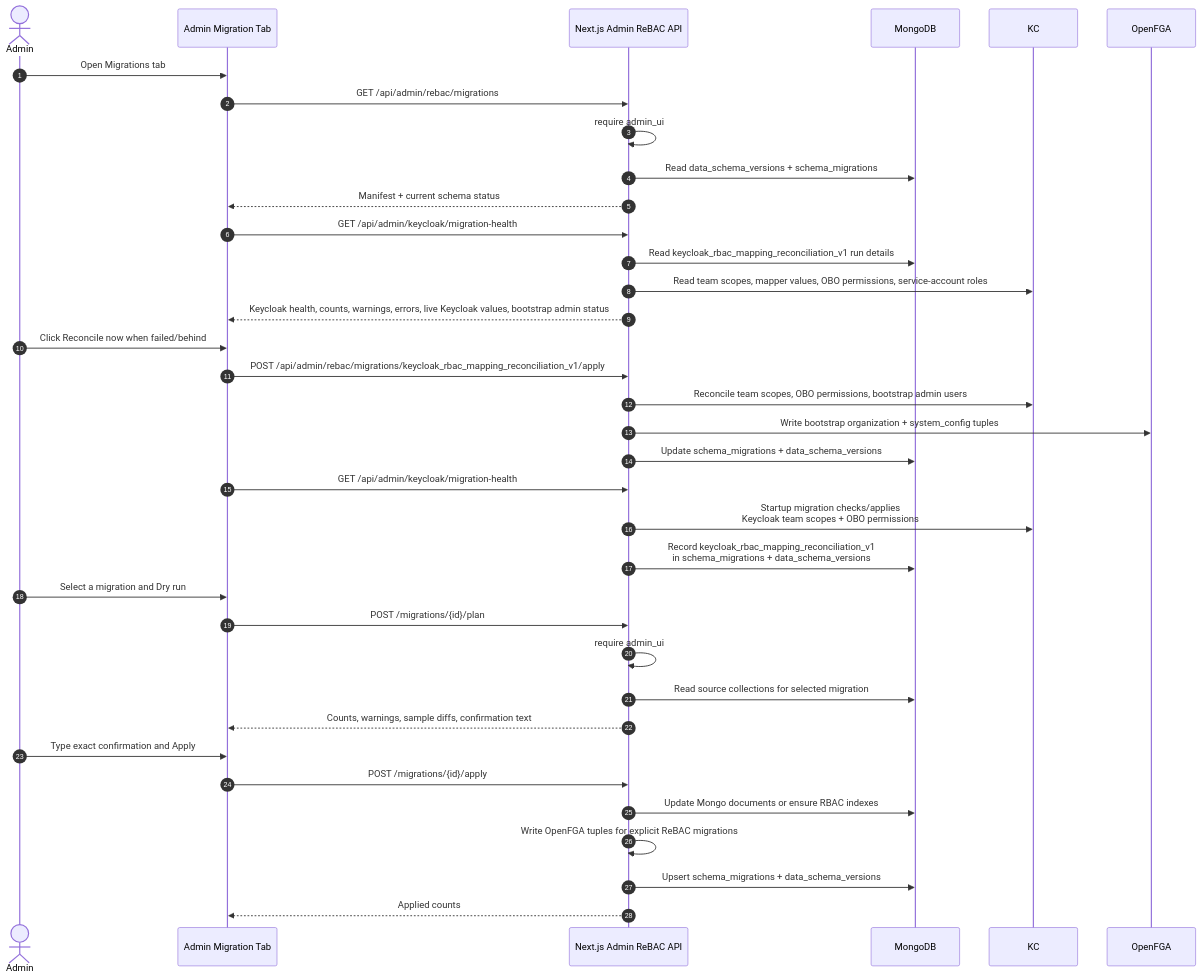
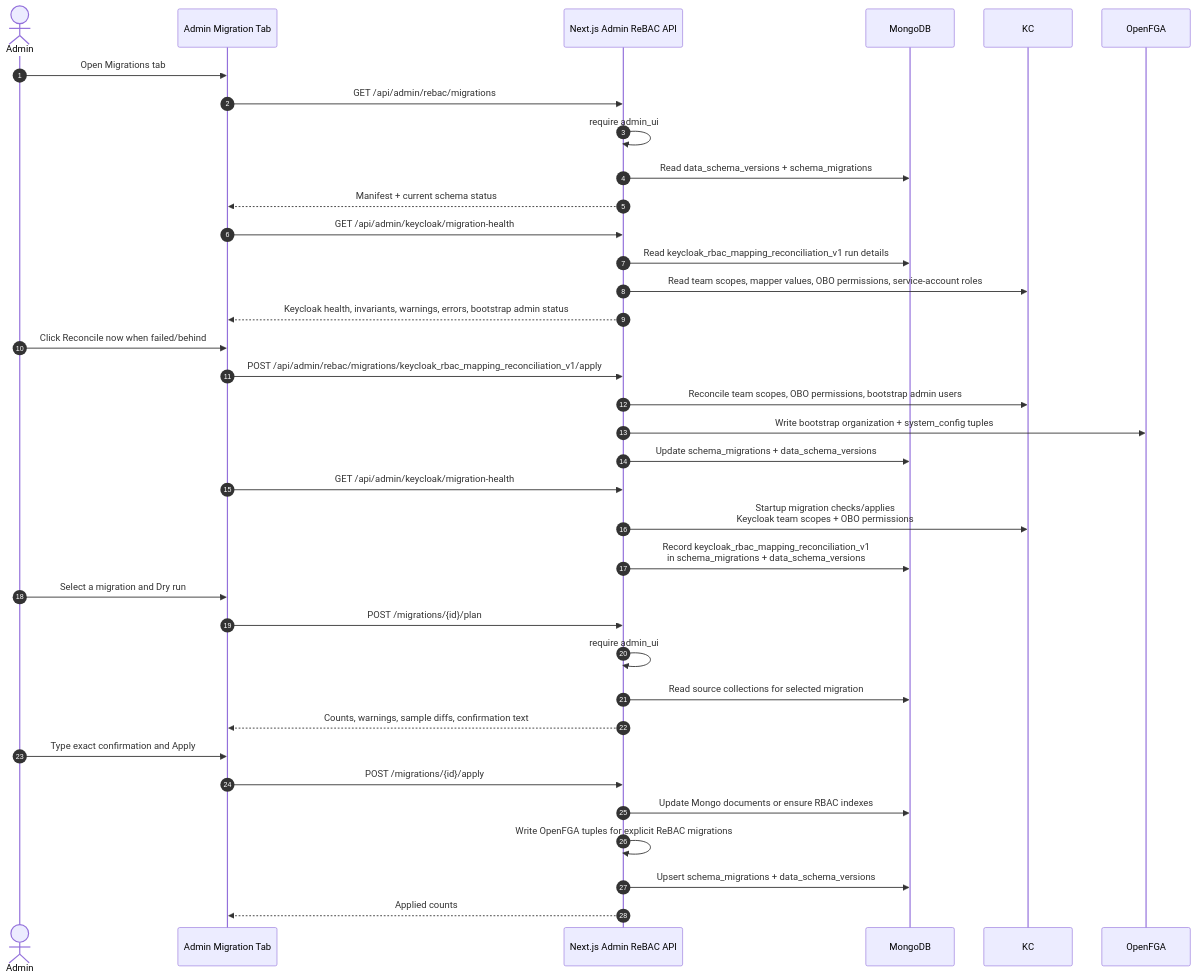
Before and after one commit to cnoe-io/ai-platform-engineering: the ninth of 12 diagrams in docs/docs/security/rbac/workflows.md, drawn with Mermaid. The commit also changed other lines of this file and 58 other files, not shown here.

````diff
--- a/docs/docs/security/rbac/workflows.md
+++ b/docs/docs/security/rbac/workflows.md
@@ -695,37 +703,37 @@
 ```mermaid
 sequenceDiagram
     autonumber
     actor Admin
     participant UI as Admin Migration Tab
     participant BFF as Next.js Admin ReBAC API
     participant MDB as MongoDB
 
     Admin->>UI: Open Migrations tab
     UI->>BFF: GET /api/admin/rebac/migrations
     BFF->>BFF: require admin_ui#admin
     BFF->>MDB: Read data_schema_versions + schema_migrations
     BFF-->>UI: Manifest + current schema status
     UI->>BFF: GET /api/admin/keycloak/migration-health
     BFF->>MDB: Read keycloak_rbac_mapping_reconciliation_v1 run details
     BFF->>KC: Read team scopes, mapper values, OBO permissions, service-account roles
-    BFF-->>UI: Keycloak health, counts, warnings, errors, live Keycloak values, bootstrap admin status
+    BFF-->>UI: Keycloak health, invariants, warnings, errors, bootstrap admin status
     Admin->>UI: Click Reconcile now when failed/behind
     UI->>BFF: POST /api/admin/rebac/migrations/keycloak_rbac_mapping_reconciliation_v1/apply
     BFF->>KC: Reconcile team scopes, OBO permissions, bootstrap admin users
     BFF->>OpenFGA: Write bootstrap organization + system_config tuples
     BFF->>MDB: Update schema_migrations + data_schema_versions
     UI->>BFF: GET /api/admin/keycloak/migration-health
     BFF->>KC: Startup migration checks/applies<br/>Keycloak team scopes + OBO permissions
     BFF->>MDB: Record keycloak_rbac_mapping_reconciliation_v1<br/>in schema_migrations + data_schema_versions
     Admin->>UI: Select a migration and Dry run
     UI->>BFF: POST /migrations/{id}/plan
     BFF->>BFF: require admin_ui#admin
     BFF->>MDB: Read source collections for selected migration
     BFF-->>UI: Counts, warnings, sample diffs, confirmation text
     Admin->>UI: Type exact confirmation and Apply
     UI->>BFF: POST /migrations/{id}/apply
     BFF->>MDB: Update Mongo documents or ensure RBAC indexes
     BFF->>BFF: Write OpenFGA tuples for explicit ReBAC migrations
     BFF->>MDB: Upsert schema_migrations + data_schema_versions
     BFF-->>UI: Applied counts
 ```
````
